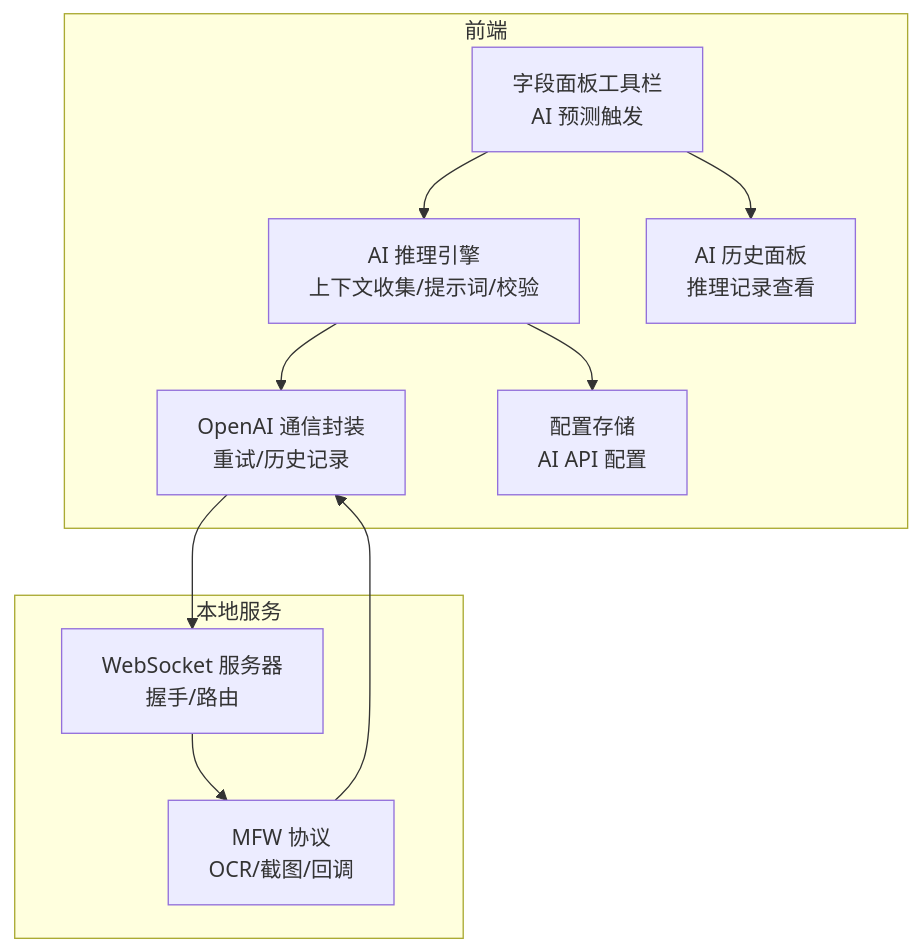
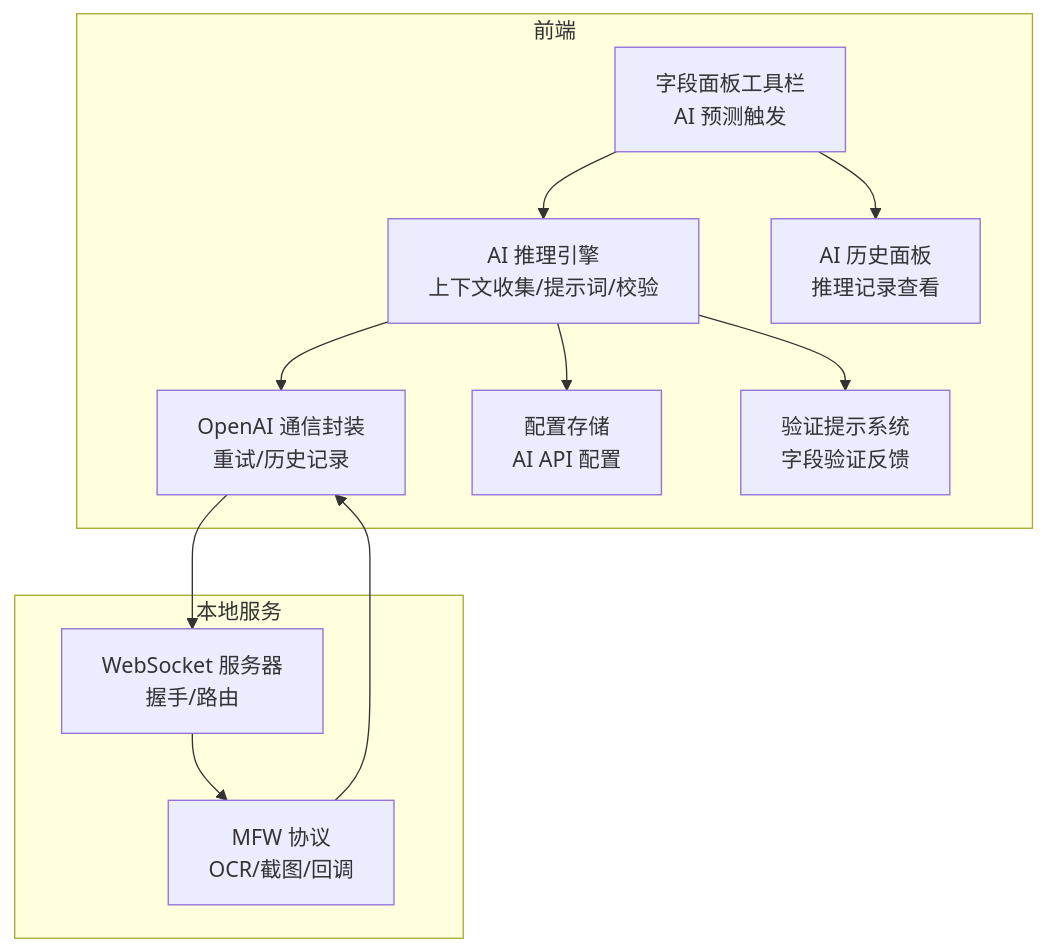
The first of 9 diagrams in .qoder/repowiki/zh/content/AI辅助功能/推理预测系统.md (kqcoxn/MaaPipelineEditor), drawn with Mermaid before and after one commit. The commit also changed other lines of this file and 19 other files, not shown here.

````diff
--- a/.qoder/repowiki/zh/content/AI辅助功能/推理预测系统.md
+++ b/.qoder/repowiki/zh/content/AI辅助功能/推理预测系统.md
@@ -45,21 +55,23 @@
 ```mermaid
 graph TB
 subgraph "前端"
 UI["字段面板工具栏<br/>AI 预测触发"]
 Predictor["AI 推理引擎<br/>上下文收集/提示词/校验"]
 OpenAI["OpenAI 通信封装<br/>重试/历史记录"]
 Config["配置存储<br/>AI API 配置"]
 History["AI 历史面板<br/>推理记录查看"]
+Validation["验证提示系统<br/>字段验证反馈"]
 end
 subgraph "本地服务"
 WS["WebSocket 服务器<br/>握手/路由"]
 MFW["MFW 协议<br/>OCR/截图/回调"]
 end
 UI --> Predictor
 Predictor --> OpenAI
 Predictor --> Config
+Predictor --> Validation
 OpenAI --> WS
 WS --> MFW
 MFW --> OpenAI
 UI --> History
 ```
````
